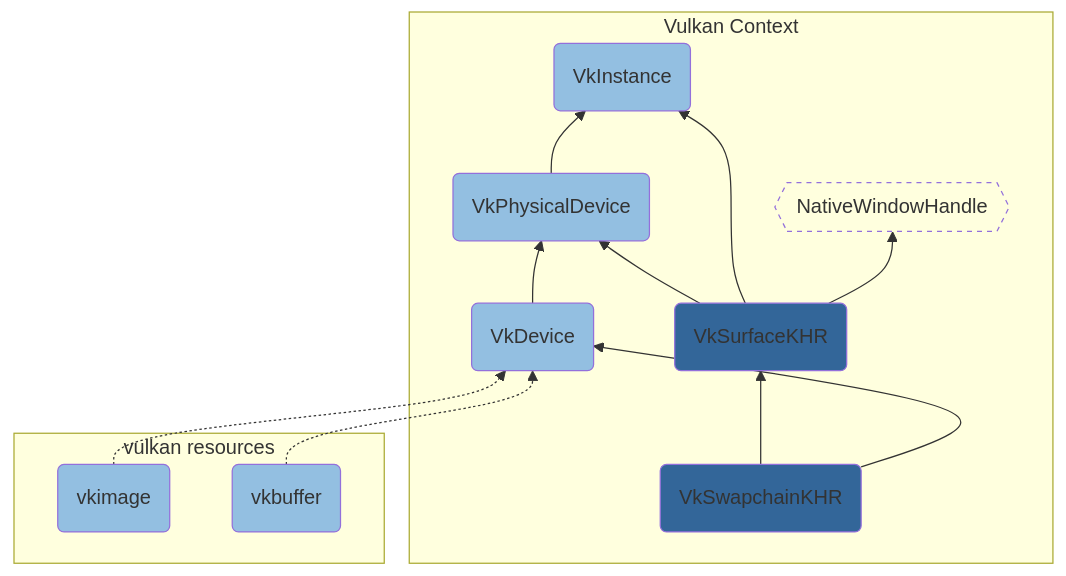
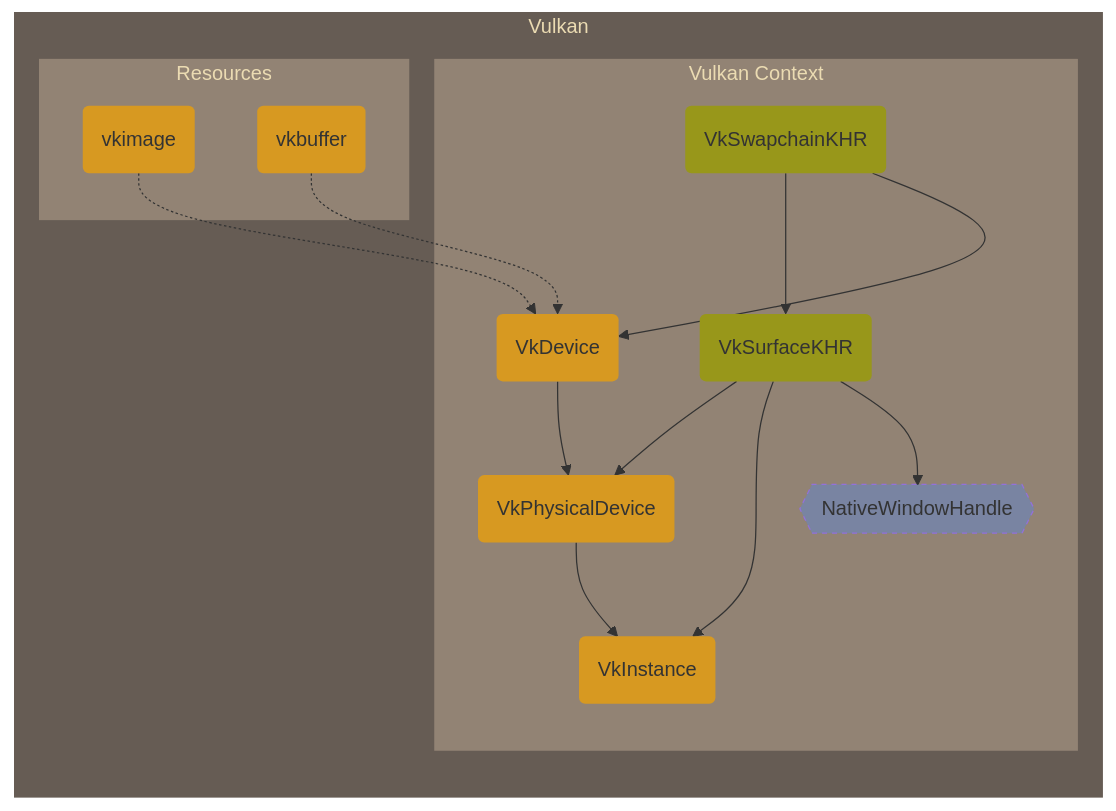
The first of 4 diagrams in graphics/vulkan/Overview.md (yslib/mynotes), drawn with Mermaid before and after one commit. The commit also changed other lines of this file, not shown here.

````diff
--- a/graphics/vulkan/Overview.md
+++ b/graphics/vulkan/Overview.md
@@ -4,22 +2,30 @@
 ```mermaid
 graph BT
-linkStyle default interpolate basis
-subgraph Vulkan Context
+linkStyle default interpolate basis;
+subgraph g0[Vulkan]
+subgraph g1[Vulkan Context]
+
 A(VkDevice):::vkobj --> B(VkPhysicalDevice):::vkobj
 B --> C(VkInstance):::vkobj
 D(VkSurfaceKHR):::khr-->B
 D-->C
 D-->W{{NativeWindowHandle}}
 S(VkSwapchainKHR):::khr-->D
 S-->A
 end
 
-subgraph vulkan resources 
+subgraph g2[Resources]
 i(vkimage):::vkobj-.->A
 b(vkbuffer):::vkobj-.->A
 end
+end
 
-classDef khr fill:#369f;
-classDef vkobj fill:#93bfe1
-style W fill:#fff0,stroke-dasharray:4
+classDef khr fill:#98971a,stroke-width:0px;
+classDef vkobj fill:#d79921,stroke-width:0px;
+style g1 fill:#928374,stroke-width:0px,color:#ebdbb2;
+style g2 fill:#928374,stroke-width:0px,color:#ebdbb2;
+style g0 fill:#665c54,stroke-width:0px,color:#ebdbb2;
+style W fill:#4585ff55,stroke-dasharray:4
+
+
 ```
````
